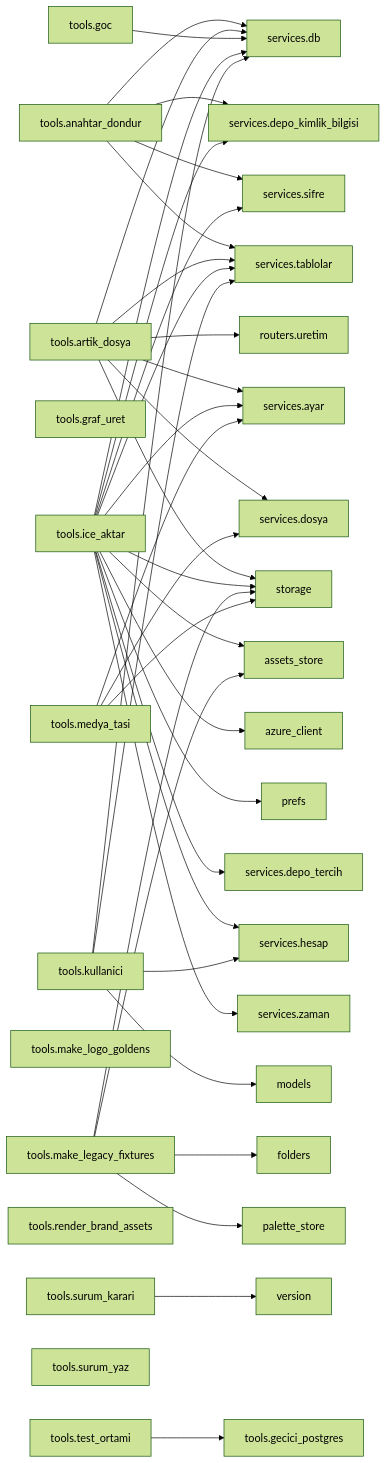
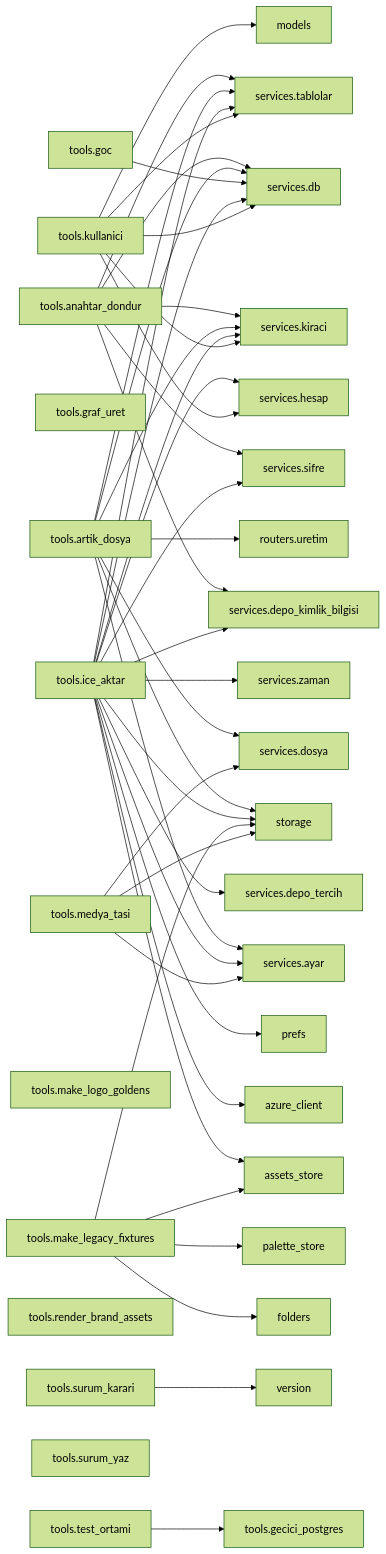
One commit to Zenginby/kromis changed the second of 2 diagrams in docs/graflar/moduller.md. Above: the diagram before and after it, drawn with Mermaid (forest theme). The commit also changed other lines of this file and 22 other files, not shown here.

````diff
--- a/docs/graflar/moduller.md
+++ b/docs/graflar/moduller.md
@@ -624,53 +629,57 @@
 ```mermaid
 flowchart LR
   n_tools_anahtar_dondur["tools.anahtar_dondur"]
   n_tools_anahtar_dondur --> n_services_db["services.db"]
   n_tools_anahtar_dondur --> n_services_depo_kimlik_bilgisi["services.depo_kimlik_bilgisi"]
+  n_tools_anahtar_dondur --> n_services_kiraci["services.kiraci"]
   n_tools_anahtar_dondur --> n_services_sifre["services.sifre"]
   n_tools_anahtar_dondur --> n_services_tablolar["services.tablolar"]
   n_tools_artik_dosya["tools.artik_dosya"]
   n_tools_artik_dosya --> n_routers_uretim["routers.uretim"]
   n_tools_artik_dosya --> n_services_ayar["services.ayar"]
   n_tools_artik_dosya --> n_services_db["services.db"]
   n_tools_artik_dosya --> n_services_dosya["services.dosya"]
+  n_tools_artik_dosya --> n_services_kiraci["services.kiraci"]
   n_tools_artik_dosya --> n_services_tablolar["services.tablolar"]
   n_tools_artik_dosya --> n_storage["storage"]
   n_tools_gecici_postgres["tools.gecici_postgres"]
   n_tools_goc["tools.goc"]
   n_tools_goc --> n_services_db["services.db"]
   n_tools_graf_uret["tools.graf_uret"]
   n_tools_ice_aktar["tools.ice_aktar"]
   n_tools_ice_aktar --> n_assets_store["assets_store"]
   n_tools_ice_aktar --> n_azure_client["azure_client"]
   n_tools_ice_aktar --> n_prefs["prefs"]
   n_tools_ice_aktar --> n_services_ayar["services.ayar"]
   n_tools_ice_aktar --> n_services_db["services.db"]
   n_tools_ice_aktar --> n_services_depo_kimlik_bilgisi["services.depo_kimlik_bilgisi"]
   n_tools_ice_aktar --> n_services_depo_tercih["services.depo_tercih"]
   n_tools_ice_aktar --> n_services_hesap["services.hesap"]
+  n_tools_ice_aktar --> n_services_kiraci["services.kiraci"]
   n_tools_ice_aktar --> n_services_sifre["services.sifre"]
   n_tools_ice_aktar --> n_services_tablolar["services.tablolar"]
   n_tools_ice_aktar --> n_services_zaman["services.zaman"]
   n_tools_ice_aktar --> n_storage["storage"]
   n_tools_kullanici["tools.kullanici"]
   n_tools_kullanici --> n_models["models"]
   n_tools_kullanici --> n_services_db["services.db"]
   n_tools_kullanici --> n_services_hesap["services.hesap"]
+  n_tools_kullanici --> n_services_kiraci["services.kiraci"]
   n_tools_kullanici --> n_services_tablolar["services.tablolar"]
   n_tools_make_legacy_fixtures["tools.make_legacy_fixtures"]
   n_tools_make_legacy_fixtures --> n_assets_store["assets_store"]
   n_tools_make_legacy_fixtures --> n_folders["folders"]
   n_tools_make_legacy_fixtures --> n_palette_store["palette_store"]
   n_tools_make_legacy_fixtures --> n_storage["storage"]
   n_tools_make_logo_goldens["tools.make_logo_goldens"]
   n_tools_medya_tasi["tools.medya_tasi"]
   n_tools_medya_tasi --> n_services_ayar["services.ayar"]
   n_tools_medya_tasi --> n_services_dosya["services.dosya"]
   n_tools_medya_tasi --> n_storage["storage"]
   n_tools_render_brand_assets["tools.render_brand_assets"]
   n_tools_surum_karari["tools.surum_karari"]
   n_tools_surum_karari --> n_version["version"]
   n_tools_surum_yaz["tools.surum_yaz"]
   n_tools_test_ortami["tools.test_ortami"]
   n_tools_test_ortami --> n_tools_gecici_postgres["tools.gecici_postgres"]
 ```
````
